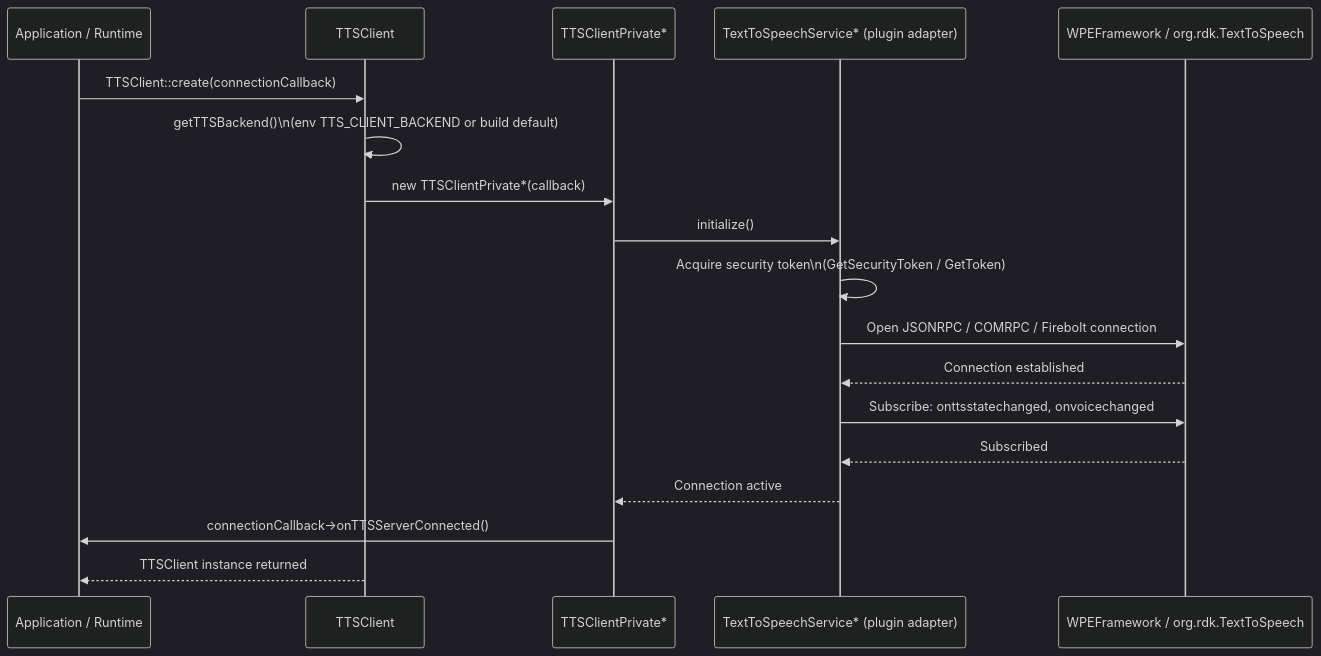
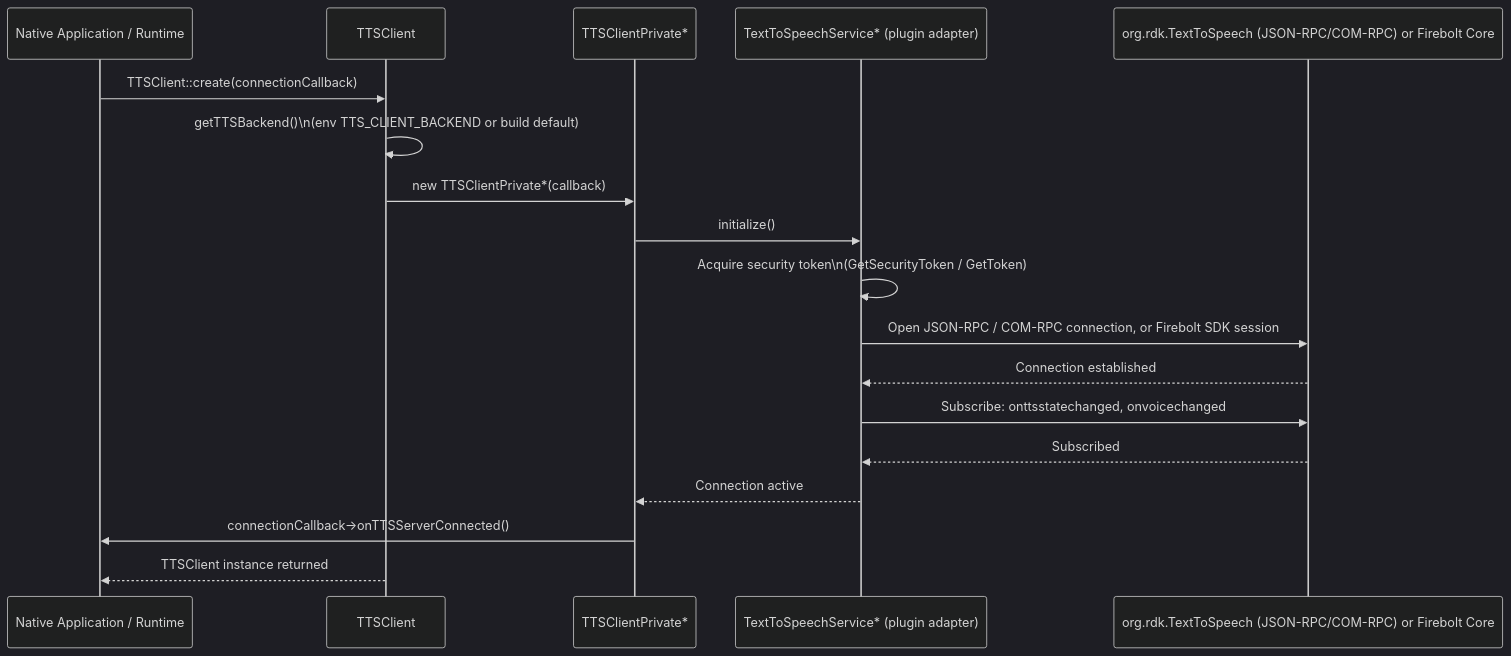
Before and after one commit to rns21/RDK_Documentation: the third of 7 diagrams in docs/docu/RDKV-Documentations/tts_engine.md, drawn with Mermaid (dark theme). The commit also changed other lines of this file, not shown here.

````diff
--- a/docs/docu/RDKV-Documentations/tts_engine.md
+++ b/docs/docu/RDKV-Documentations/tts_engine.md
@@ -140,21 +146,21 @@
 ```mermaid
 sequenceDiagram
-    participant App as Application / Runtime
+    participant App as Native Application / Runtime
     participant TC as TTSClient
     participant BE as TTSClientPrivate*
     participant SVC as TextToSpeechService* (plugin adapter)
-    participant Thunder as WPEFramework / org.rdk.TextToSpeech
+    participant EP as org.rdk.TextToSpeech (JSON-RPC/COM-RPC) or Firebolt Core
 
     App->>TC: TTSClient::create(connectionCallback)
     TC->>TC: getTTSBackend()\n(env TTS_CLIENT_BACKEND or build default)
     TC->>BE: new TTSClientPrivate*(callback)
     BE->>SVC: initialize()
     SVC->>SVC: Acquire security token\n(GetSecurityToken / GetToken)
-    SVC->>Thunder: Open JSONRPC / COMRPC / Firebolt connection
-    Thunder-->>SVC: Connection established
-    SVC->>Thunder: Subscribe: onttsstatechanged, onvoicechanged
-    Thunder-->>SVC: Subscribed
+    SVC->>EP: Open JSON-RPC / COM-RPC connection, or Firebolt SDK session
+    EP-->>SVC: Connection established
+    SVC->>EP: Subscribe: onttsstatechanged, onvoicechanged
+    EP-->>SVC: Subscribed
     SVC-->>BE: Connection active
     BE->>App: connectionCallback->onTTSServerConnected()
     TC-->>App: TTSClient instance returned
 ```
````
